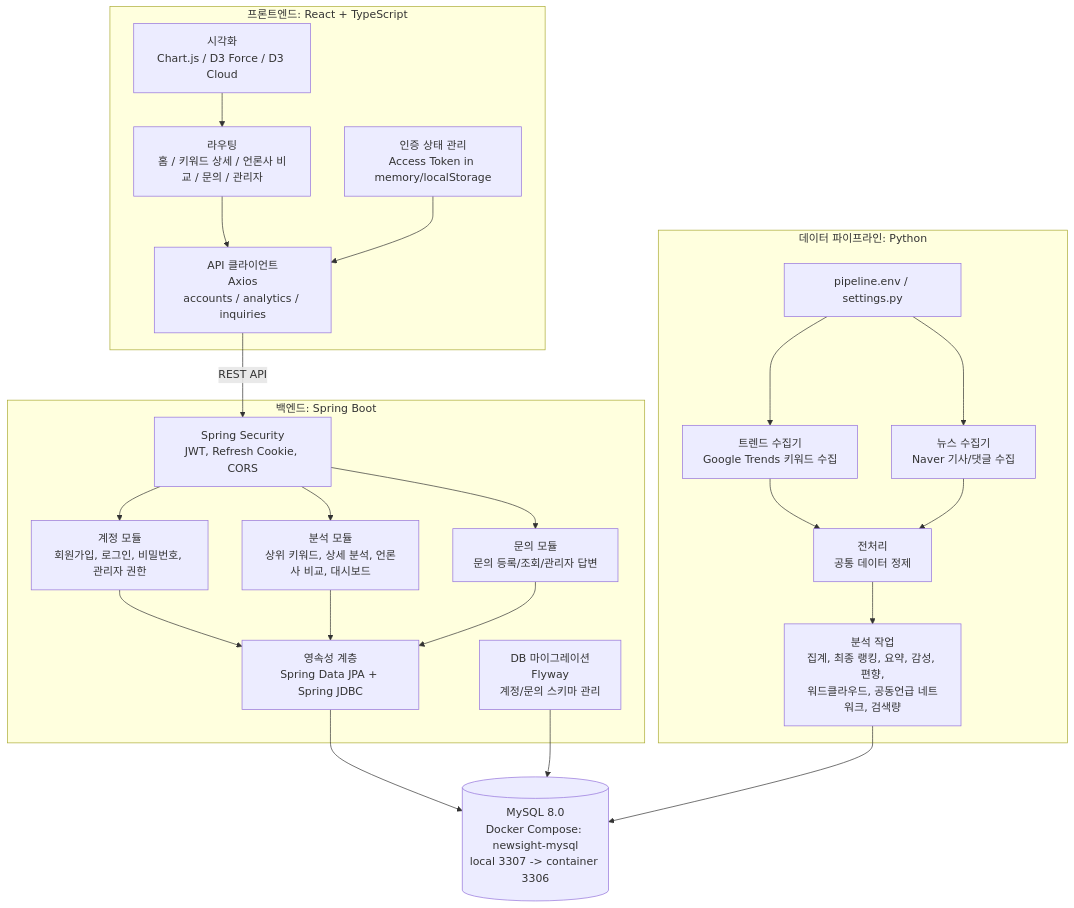
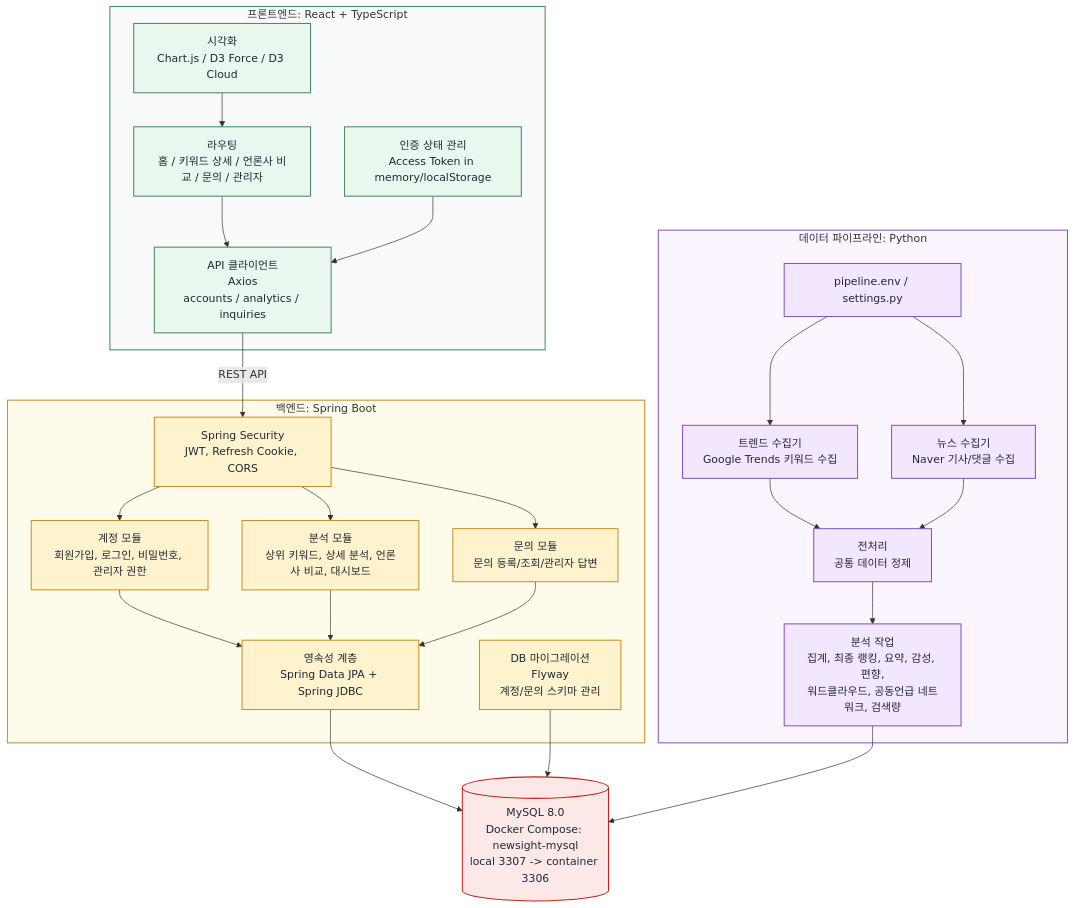
The second of 7 diagrams in docs/architecture-draft.md (sssat/graduation-project), drawn with Mermaid before and after one commit. The commit also changed other lines of this file, not shown here.

````diff
--- a/docs/architecture-draft.md
+++ b/docs/architecture-draft.md
@@ -40,48 +64,60 @@
 ```mermaid
 flowchart TB
   subgraph Client["프론트엔드: React + TypeScript"]
     Router["라우팅<br/>홈 / 키워드 상세 / 언론사 비교 / 문의 / 관리자"]
     ApiClient["API 클라이언트<br/>Axios<br/>accounts / analytics / inquiries"]
     AuthState["인증 상태 관리<br/>Access Token in memory/localStorage"]
     Charts["시각화<br/>Chart.js / D3 Force / D3 Cloud"]
   end
 
   subgraph Api["백엔드: Spring Boot"]
     Security["Spring Security<br/>JWT, Refresh Cookie, CORS"]
     Accounts["계정 모듈<br/>회원가입, 로그인, 비밀번호, 관리자 권한"]
     Analytics["분석 모듈<br/>상위 키워드, 상세 분석, 언론사 비교, 대시보드"]
     Inquiries["문의 모듈<br/>문의 등록/조회/관리자 답변"]
     Persistence["영속성 계층<br/>Spring Data JPA + Spring JDBC"]
     Flyway["DB 마이그레이션<br/>Flyway<br/>계정/문의 스키마 관리"]
   end
 
   subgraph Batch["데이터 파이프라인: Python"]
     TrendCrawler["트렌드 수집기<br/>Google Trends 키워드 수집"]
     NewsCrawler["뉴스 수집기<br/>Naver 기사/댓글 수집"]
     Preprocess["전처리<br/>공통 데이터 정제"]
     AnalysisJobs["분석 작업<br/>집계, 최종 랭킹, 요약, 감성, 편향,<br/>워드클라우드, 공동언급 네트워크, 검색량"]
     PipelineConfig["pipeline.env / settings.py"]
   end
 
   MySQL[("MySQL 8.0<br/>Docker Compose: newsight-mysql<br/>local 3307 -> container 3306")]
 
   Router --> ApiClient
   AuthState --> ApiClient
   Charts --> Router
   ApiClient -->|"REST API"| Security
   Security --> Accounts
   Security --> Analytics
   Security --> Inquiries
   Accounts --> Persistence
   Analytics --> Persistence
   Inquiries --> Persistence
   Persistence --> MySQL
   Flyway --> MySQL
 
   PipelineConfig --> TrendCrawler
   PipelineConfig --> NewsCrawler
   TrendCrawler --> Preprocess
   NewsCrawler --> Preprocess
   Preprocess --> AnalysisJobs
   AnalysisJobs --> MySQL
+
+  classDef frontend fill:#E9F7EF,stroke:#3E8E5A,color:#1F2937,stroke-width:1.5px
+  classDef backend fill:#FFF3CD,stroke:#C69026,color:#1F2937,stroke-width:1.5px
+  classDef batch fill:#F2E7FE,stroke:#7E57C2,color:#1F2937,stroke-width:1.5px
+  classDef db fill:#FCE8E6,stroke:#C5221F,color:#1F2937,stroke-width:1.5px
+  class Router,ApiClient,AuthState,Charts frontend
+  class Security,Accounts,Analytics,Inquiries,Persistence,Flyway backend
+  class TrendCrawler,NewsCrawler,Preprocess,AnalysisJobs,PipelineConfig batch
+  class MySQL db
+  style Client fill:#F8FAFC,stroke:#3E8E5A,stroke-width:1.5px
+  style Api fill:#FFFBEB,stroke:#C69026,stroke-width:1.5px
+  style Batch fill:#FAF5FF,stroke:#7E57C2,stroke-width:1.5px
 ```
````
